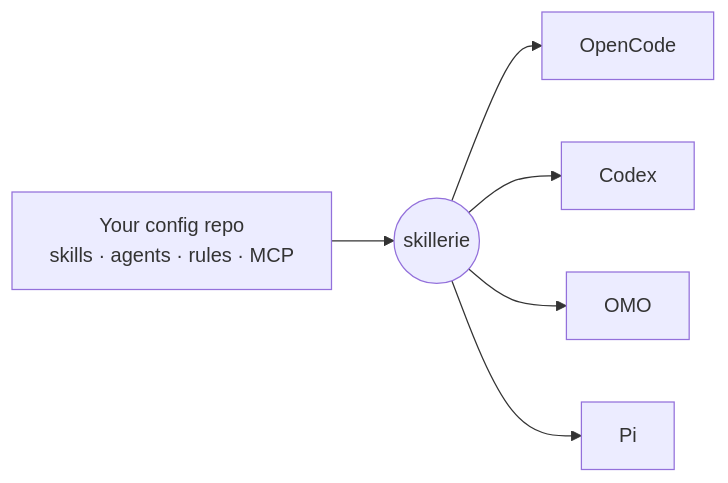
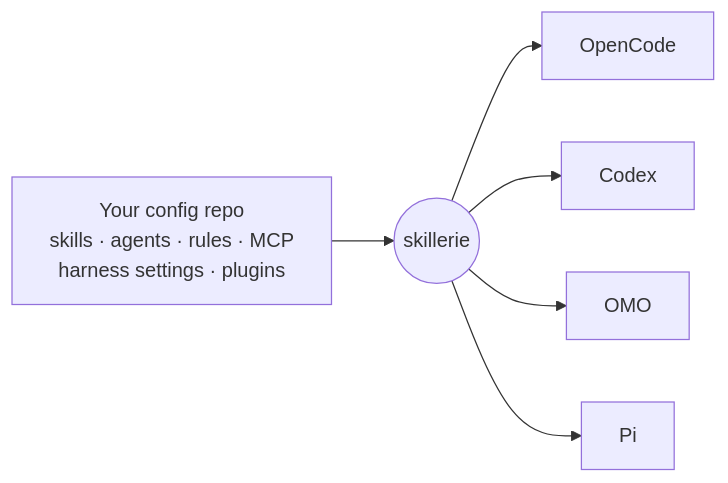
One commit to e-n-0/skillerie changed the diagram in README.md. Above: the diagram before and after it, drawn with Mermaid. The commit also changed other lines of this file, not shown here.

Commit message:
docs: present skillerie as syncing the whole harness setup

````diff
--- a/README.md
+++ b/README.md
@@ -26,8 +26,8 @@
 ```mermaid
 flowchart LR
-  repo["Your config repo<br/>skills · agents · rules · MCP"] --> skillerie((skillerie))
+  repo["Your config repo<br/>skills · agents · rules · MCP<br/>harness settings · plugins"] --> skillerie((skillerie))
   skillerie --> OpenCode
   skillerie --> Codex
   skillerie --> OMO
   skillerie --> Pi
 ```
````
